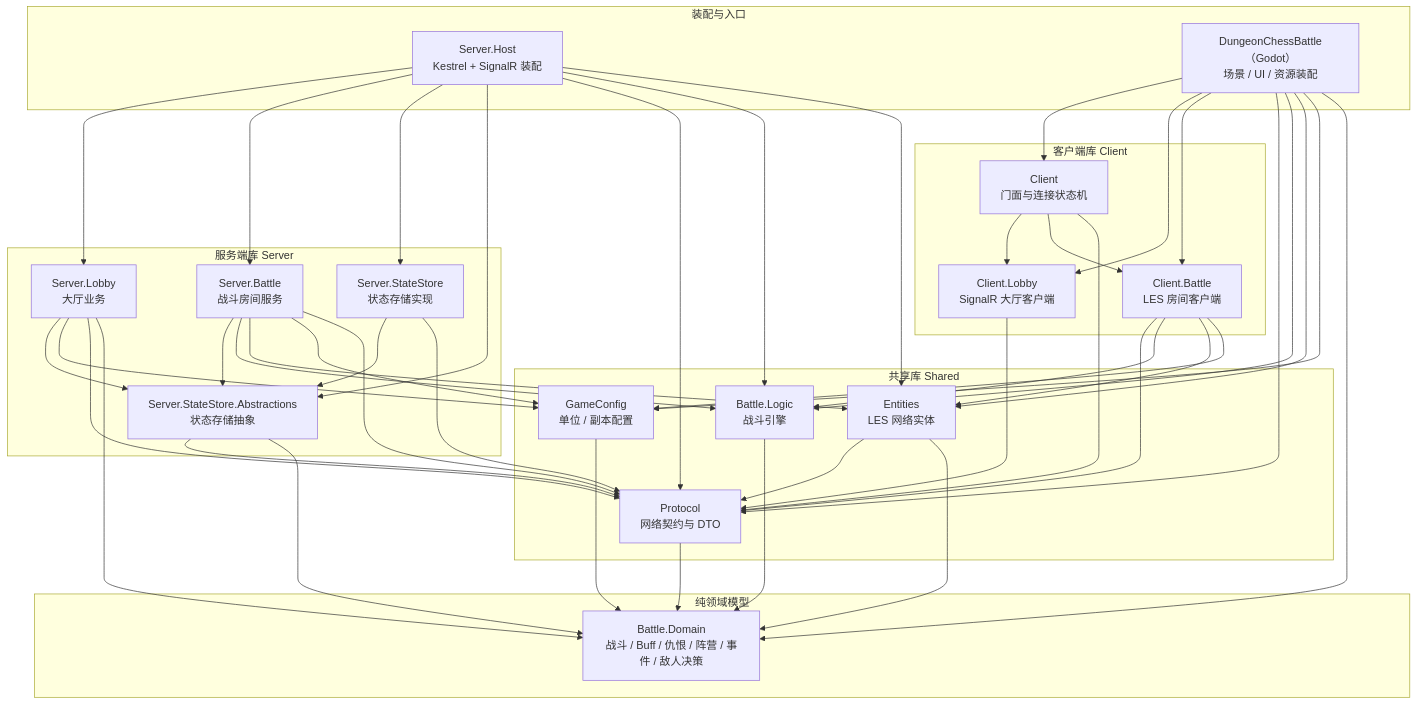
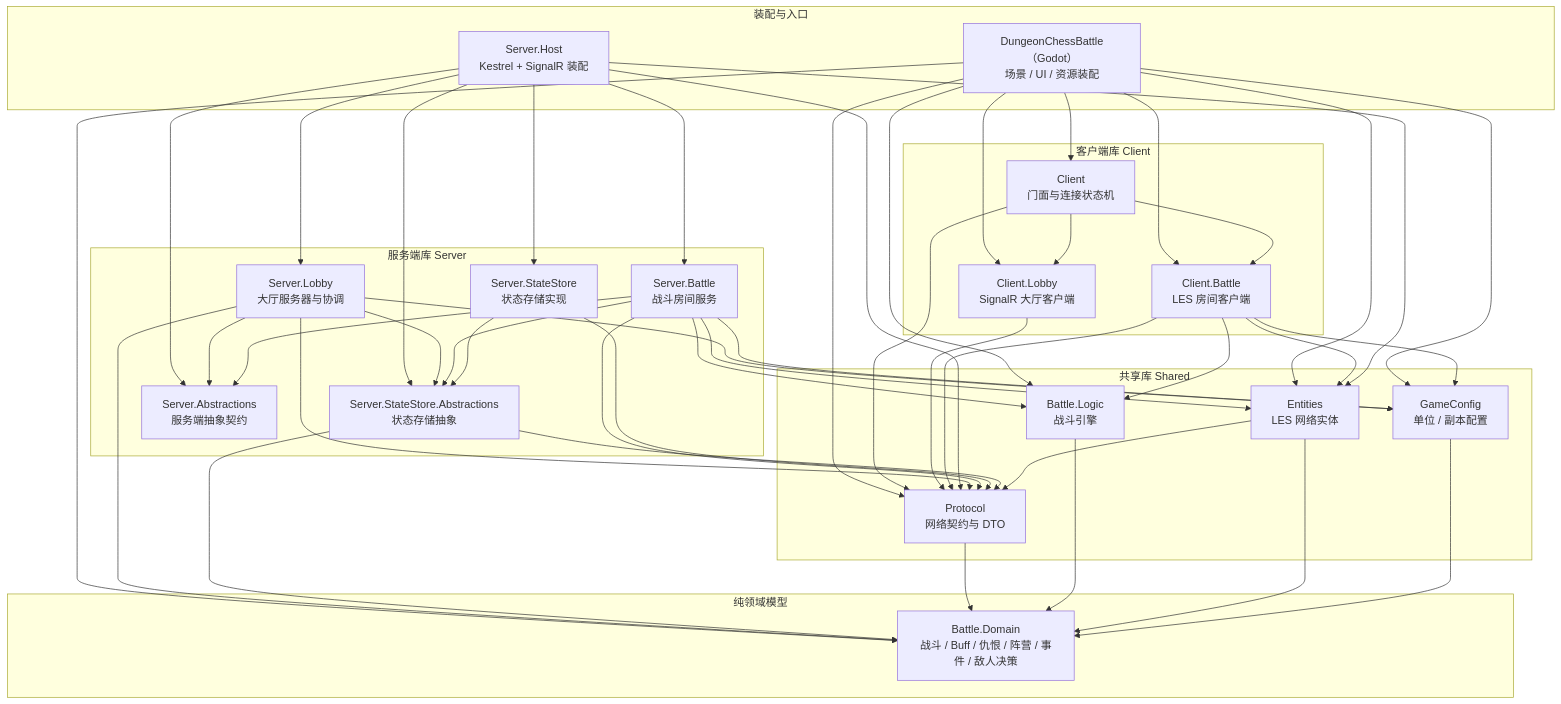
One commit to DrMelt/dungeon_chess_battle changed the diagram in docs/architecture.md. Above: the diagram before and after it, drawn with Mermaid. The commit also changed other lines of this file and 33 other files, not shown here.

Commit message:
refactor(server): 新增 Server.Abstractions 协调契约与模块化 DI 装配，大厅业务下沉 Server.Lobby，跨进程环境变量收口至 Protocol

````diff
--- a/docs/architecture.md
+++ b/docs/architecture.md
@@ -11,78 +11,81 @@
 ```mermaid
 graph TD
     subgraph AppLayer["装配与入口"]
         Host["Server.Host<br>Kestrel + SignalR 装配"]
         Godot["DungeonChessBattle（Godot）<br>场景 / UI / 资源装配"]
     end
 
     subgraph ClientLayer["客户端库 Client"]
         Client["Client<br>门面与连接状态机"]
         LobbyClient["Client.Lobby<br>SignalR 大厅客户端"]
         BattleClient["Client.Battle<br>LES 房间客户端"]
     end
 
     subgraph ServerLayer["服务端库 Server"]
-        LobbySrv["Server.Lobby<br>大厅业务"]
+        LobbySrv["Server.Lobby<br>大厅服务器与协调"]
         BattleSrv["Server.Battle<br>战斗房间服务"]
         Store["Server.StateStore<br>状态存储实现"]
         StoreAbst["Server.StateStore.Abstractions<br>状态存储抽象"]
+        ServerAbst["Server.Abstractions<br>服务端抽象契约"]
     end
 
     subgraph SharedLayer["共享库 Shared"]
         Protocol["Protocol<br>网络契约与 DTO"]
         Logic["Battle.Logic<br>战斗引擎"]
         Entities["Entities<br>LES 网络实体"]
         GameConfig["GameConfig<br>单位 / 副本配置"]
     end
 
     subgraph DomainLayer["纯领域模型"]
         Domain["Battle.Domain<br>战斗 / Buff / 仇恨 / 阵营 / 事件 / 敌人决策"]
     end
 
     Godot --> Client
     Godot --> LobbyClient
     Godot --> BattleClient
     Godot --> Protocol
     Godot --> Logic
     Godot --> Entities
     Godot --> GameConfig
     Godot --> Domain
 
     Client --> LobbyClient
     Client --> BattleClient
     Client --> Protocol
     LobbyClient --> Protocol
     BattleClient --> Protocol
     BattleClient --> Logic
     BattleClient --> Entities
     BattleClient --> GameConfig
 
     Host --> LobbySrv
     Host --> BattleSrv
     Host --> Store
     Host --> StoreAbst
+    Host --> ServerAbst
     Host --> Protocol
-    Host --> Logic
     Host --> Entities
 
+    LobbySrv --> ServerAbst
     LobbySrv --> StoreAbst
     LobbySrv --> GameConfig
     LobbySrv --> Protocol
     LobbySrv --> Domain
+    BattleSrv --> ServerAbst
     BattleSrv --> StoreAbst
     BattleSrv --> Logic
     BattleSrv --> Entities
     BattleSrv --> GameConfig
     BattleSrv --> Protocol
 
     Store --> StoreAbst
     Store --> Protocol
     StoreAbst --> Protocol
     StoreAbst --> Domain
 
     Protocol --> Domain
     Logic --> Domain
     Entities --> Protocol
     Entities --> Domain
     GameConfig --> Domain
 ```
````
